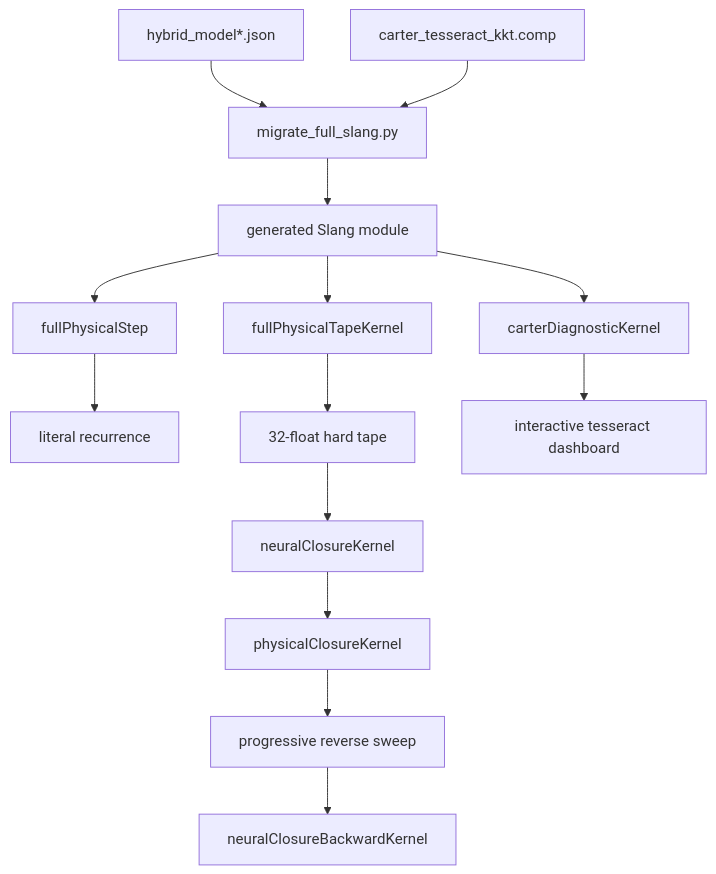
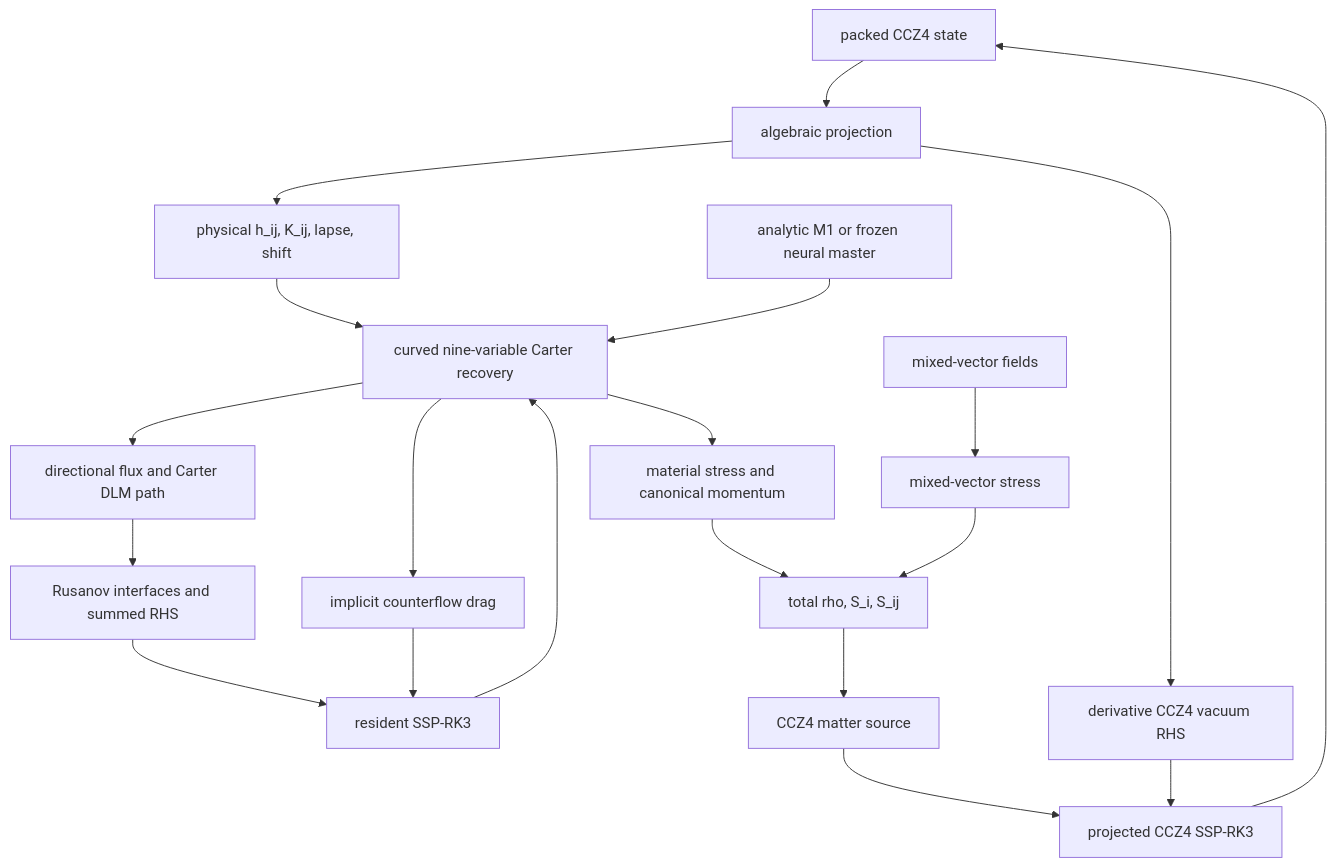
The diagram in docs/ARCHITECTURE.md (rynchpman-cmyk/Vulkan_Tesseract), drawn with Mermaid before and after one commit. The commit also changed other lines of this file and 24 other files, not shown here.

````diff
--- a/docs/ARCHITECTURE.md
+++ b/docs/ARCHITECTURE.md
@@ -24,16 +15,22 @@
 ```mermaid
 flowchart TD
-    M["hybrid_model*.json"] --> G["migrate_full_slang.py"]
-    S["carter_tesseract_kkt.comp"] --> G
-    G --> SL["generated Slang module"]
-    SL --> HF["fullPhysicalStep"]
-    SL --> HT["fullPhysicalTapeKernel"]
-    HF --> R["literal recurrence"]
-    HT --> T["32-float hard tape"]
-    T --> NC["neuralClosureKernel"]
-    NC --> PC["physicalClosureKernel"]
-    PC --> BPTT["progressive reverse sweep"]
-    BPTT --> NB["neuralClosureBackwardKernel"]
-    SL --> V["carterDiagnosticKernel"]
-    V --> UI["interactive tesseract dashboard"]
+    C["packed CCZ4 state"] --> P["algebraic projection"]
+    P --> G["physical h_ij, K_ij, lapse, shift"]
+    G --> R["curved nine-variable Carter recovery"]
+    N["analytic M1 or frozen neural master"] --> R
+    R --> M["material stress and canonical momentum"]
+    X["mixed-vector fields"] --> V["mixed-vector stress"]
+    M --> T["total rho, S_i, S_ij"]
+    V --> T
+    R --> F["directional flux and Carter DLM path"]
+    F --> I["Rusanov interfaces and summed RHS"]
+    I --> RK["resident SSP-RK3"]
+    R --> D["implicit counterflow drag"]
+    D --> RK
+    T --> Z["CCZ4 matter source"]
+    P --> Q["derivative CCZ4 vacuum RHS"]
+    Z --> GRK["projected CCZ4 SSP-RK3"]
+    Q --> GRK
+    GRK --> C
+    RK --> R
 ```
````
